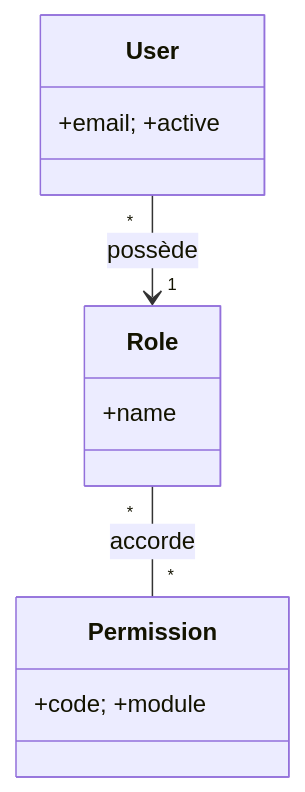
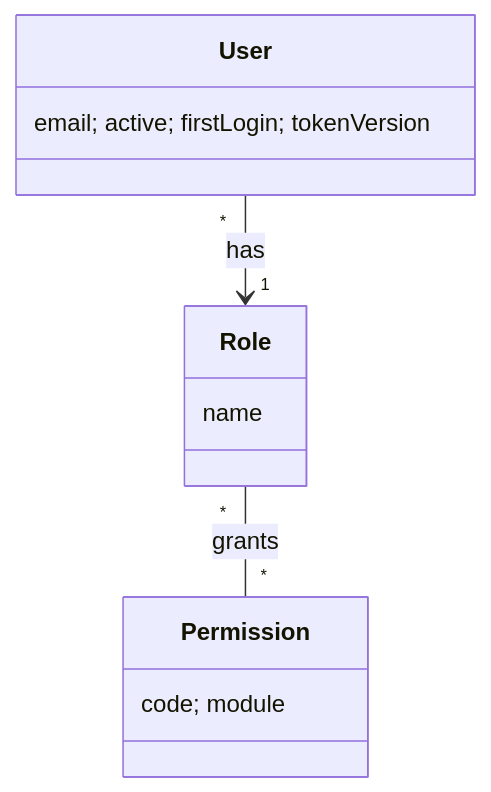
Before and after one commit to mazenrakrouki/tekup-pms-platform: the fourth of 9 diagrams in docs/UML_DESIGN.md, drawn with Mermaid. The commit also changed other lines of this file and 72 other files, not shown here.

````diff
--- a/docs/UML_DESIGN.md
+++ b/docs/UML_DESIGN.md
@@ -88,8 +138,8 @@
 ```mermaid
 classDiagram
-  class User { +email; +active }
-  class Role { +name }
-  class Permission { +code; +module }
-  User "*" --> "1" Role : possède
-  Role "*" -- "*" Permission : accorde
+  class User { email; active; firstLogin; tokenVersion }
+  class Role { name }
+  class Permission { code; module }
+  User "*" --> "1" Role : has
+  Role "*" -- "*" Permission : grants
 ```
````
